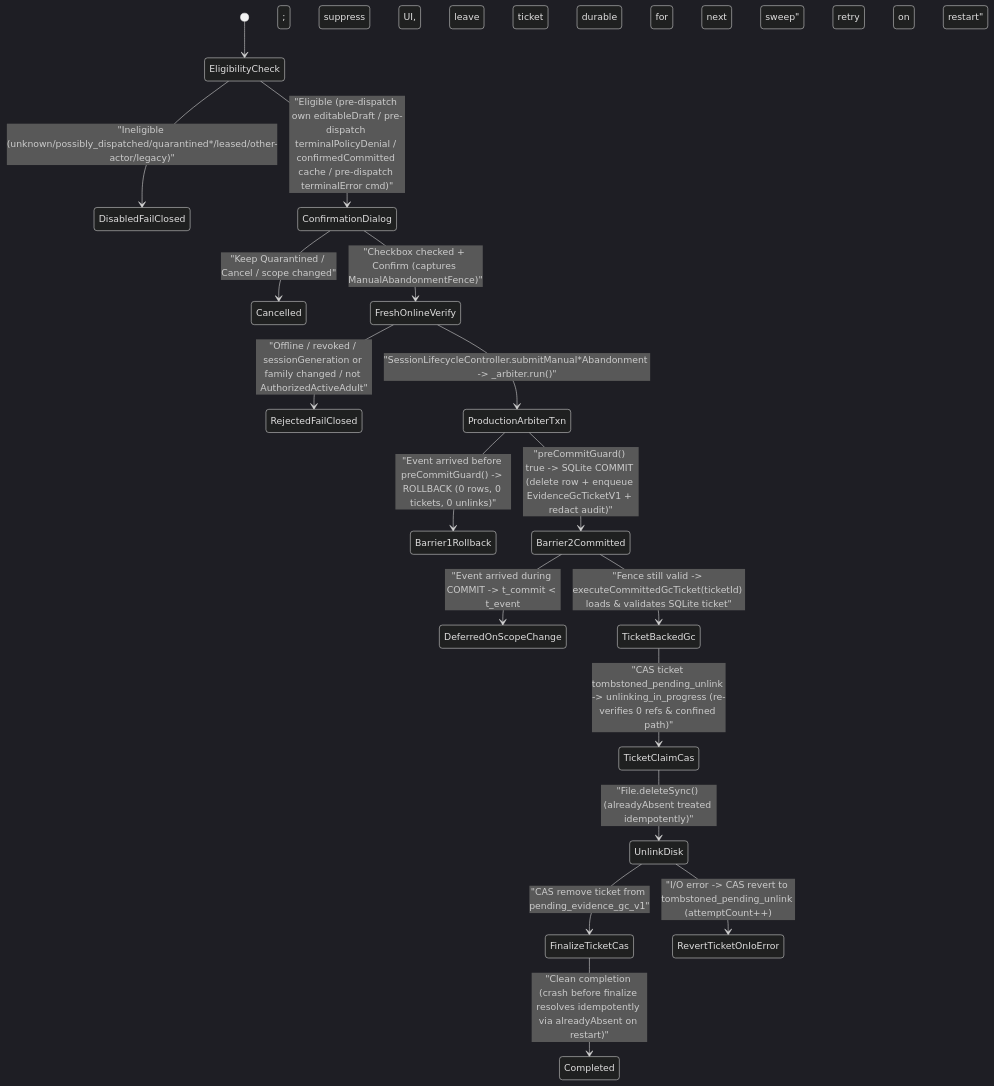
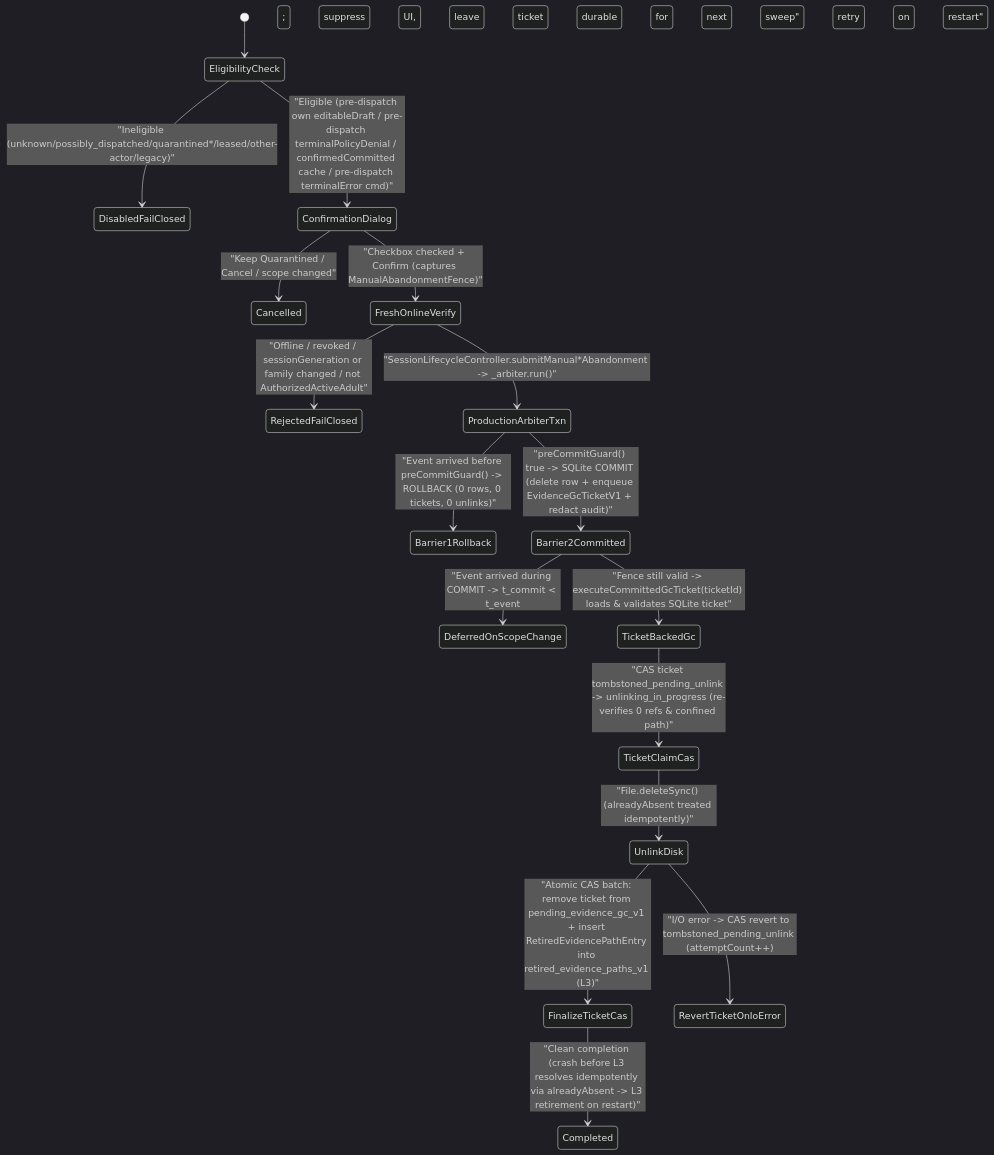
The second of 2 diagrams in docs/27-phase-6-slice-4c-1-manual-recovery-and-export-design-contract.md (thedusk4203/LearnWard), drawn with Mermaid (dark theme) before and after one commit. The commit also changed other lines of this file and 1 other file, not shown here.

Commit message:
docs(phase-6): resolve PR #44 R44-05 post-GC stale path reattachment

````diff
--- a/docs/27-phase-6-slice-4c-1-manual-recovery-and-export-design-contract.md
+++ b/docs/27-phase-6-slice-4c-1-manual-recovery-and-export-design-contract.md
@@ -296,19 +337,19 @@
 ```mermaid
 stateDiagram-v2
     [*] --> EligibilityCheck
     EligibilityCheck --> DisabledFailClosed : "Ineligible (unknown/possibly_dispatched/quarantined*/leased/other-actor/legacy)"
     EligibilityCheck --> ConfirmationDialog : "Eligible (pre-dispatch own editableDraft / pre-dispatch terminalPolicyDenial / confirmedCommitted cache / pre-dispatch terminalError cmd)"
     ConfirmationDialog --> Cancelled : "Keep Quarantined / Cancel / scope changed"
     ConfirmationDialog --> FreshOnlineVerify : "Checkbox checked + Confirm (captures ManualAbandonmentFence)"
     FreshOnlineVerify --> RejectedFailClosed : "Offline / revoked / sessionGeneration or family changed / not AuthorizedActiveAdult"
     FreshOnlineVerify --> ProductionArbiterTxn : "SessionLifecycleController.submitManual*Abandonment -> _arbiter.run()"
     ProductionArbiterTxn --> Barrier1Rollback : "Event arrived before preCommitGuard() -> ROLLBACK (0 rows, 0 tickets, 0 unlinks)"
     ProductionArbiterTxn --> Barrier2Committed : "preCommitGuard() true -> SQLite COMMIT (delete row + enqueue EvidenceGcTicketV1 + redact audit)"
     Barrier2Committed --> DeferredOnScopeChange : "Event arrived during COMMIT -> t_commit < t_event; suppress UI, leave ticket durable for next sweep"
     Barrier2Committed --> TicketBackedGc : "Fence still valid -> executeCommittedGcTicket(ticketId) loads & validates SQLite ticket"
     TicketBackedGc --> TicketClaimCas : "CAS ticket tombstoned_pending_unlink -> unlinking_in_progress (re-verifies 0 refs & confined path)"
     TicketClaimCas --> UnlinkDisk : "File.deleteSync() (alreadyAbsent treated idempotently)"
-    UnlinkDisk --> FinalizeTicketCas : "CAS remove ticket from pending_evidence_gc_v1"
+    UnlinkDisk --> FinalizeTicketCas : "Atomic CAS batch: remove ticket from pending_evidence_gc_v1 + insert RetiredEvidencePathEntry into retired_evidence_paths_v1 (L3)"
     UnlinkDisk --> RevertTicketOnIoError : "I/O error -> CAS revert to tombstoned_pending_unlink (attemptCount++); retry on restart"
-    FinalizeTicketCas --> Completed : "Clean completion (crash before finalize resolves idempotently via alreadyAbsent on restart)"
+    FinalizeTicketCas --> Completed : "Clean completion (crash before L3 resolves idempotently via alreadyAbsent -> L3 retirement on restart)"
 ```
````
